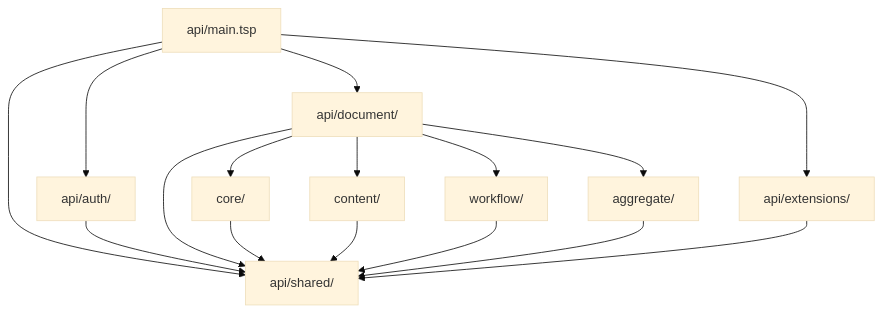
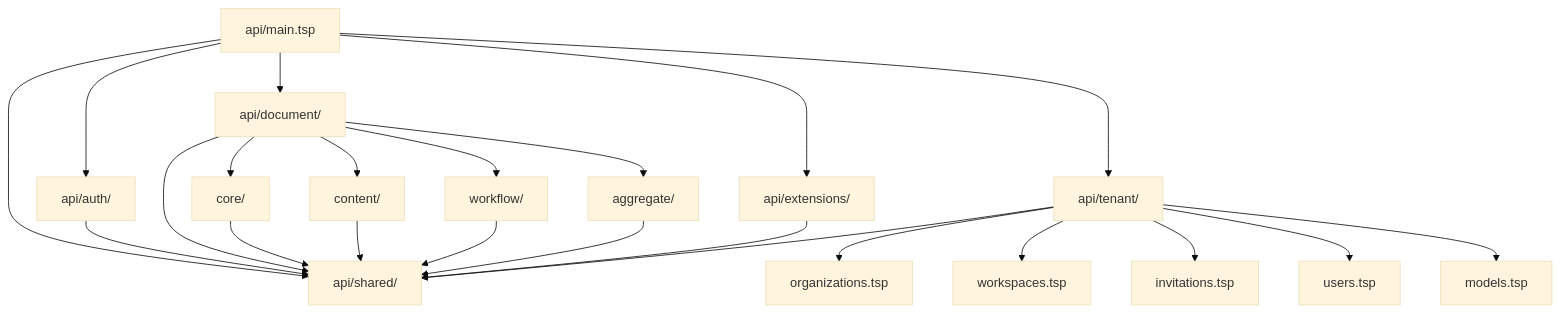
Before and after one commit to apexroc/nexusbook-api: the second of 12 diagrams in .qoder/repowiki/zh/content/核心架构/核心架构.md, drawn with Mermaid (base theme). The commit also changed other lines of this file and 8 other files, not shown here.

````diff
--- a/.qoder/repowiki/zh/content/核心架构/核心架构.md
+++ b/.qoder/repowiki/zh/content/核心架构/核心架构.md
@@ -128,27 +163,40 @@
 ```mermaid
 graph TB
 MAIN["api/main.tsp"]
 SHARED["api/shared/"]
 AUTH["api/auth/"]
 DOC["api/document/"]
 CORE["core/"]
 CONTENT["content/"]
 WORKFLOW["workflow/"]
 AGG["aggregate/"]
 EXT["api/extensions/"]
+TENANT_API["api/tenant/"]
+ORG["organizations.tsp"]
+WS["workspaces.tsp"]
+INV["invitations.tsp"]
+USER["users.tsp"]
+MODELS["models.tsp"]
 MAIN --> SHARED
 MAIN --> AUTH
 MAIN --> DOC
 MAIN --> EXT
+MAIN --> TENANT_API
 AUTH --> SHARED
 DOC --> SHARED
 EXT --> SHARED
+TENANT_API --> SHARED
 DOC --> CORE
 DOC --> CONTENT
 DOC --> WORKFLOW
 DOC --> AGG
 CORE --> SHARED
 CONTENT --> SHARED
 WORKFLOW --> SHARED
 AGG --> SHARED
+TENANT_API --> ORG
+TENANT_API --> WS
+TENANT_API --> INV
+TENANT_API --> USER
+TENANT_API --> MODELS
 ```
````
